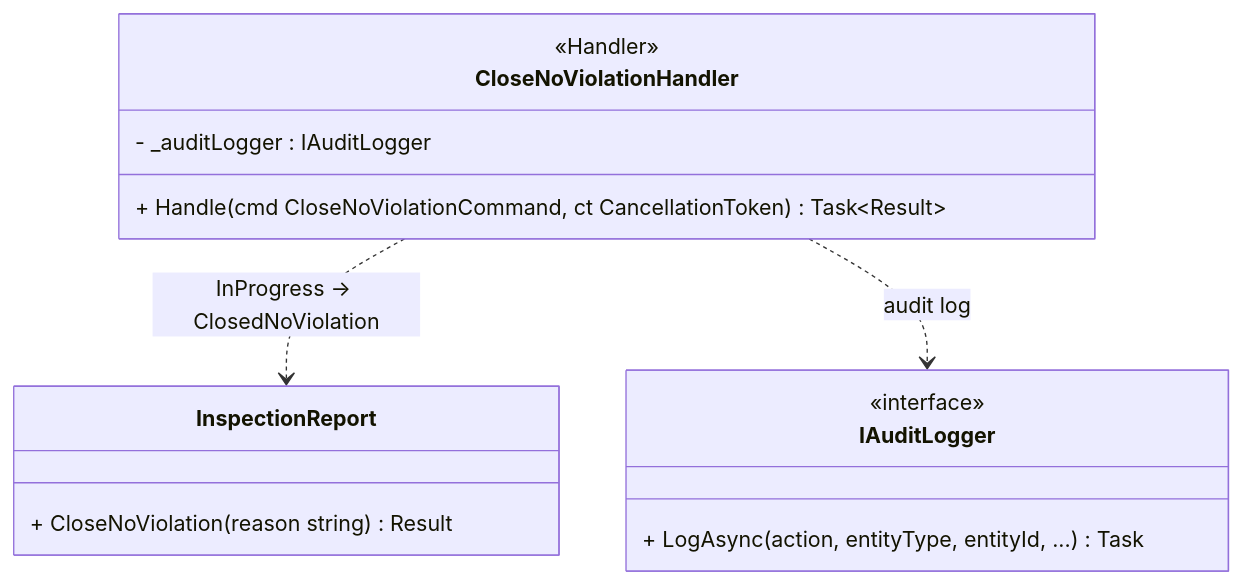
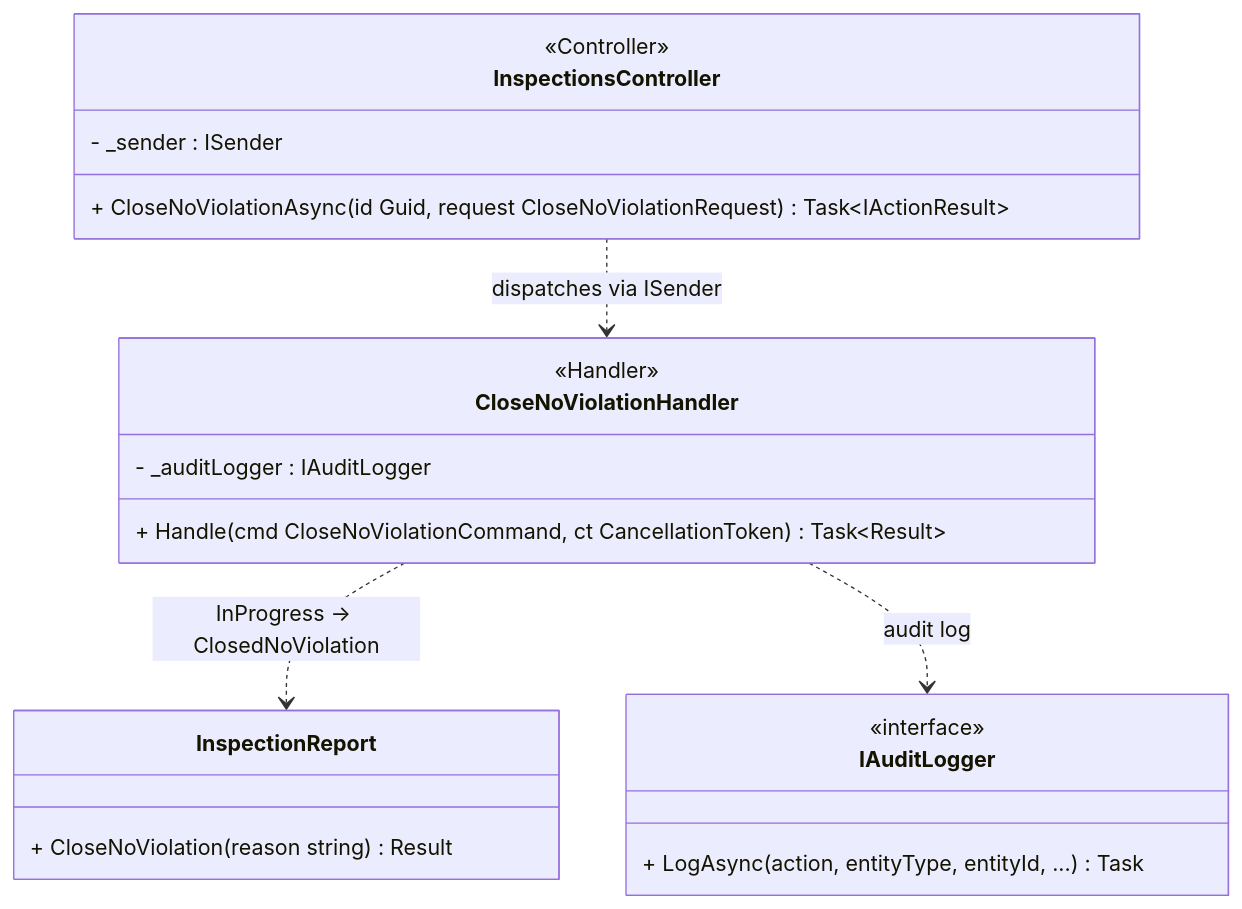
One commit to Capstonne-Project/greenlens-service changed diagram 25 of 43 in docs/BusinessRule/CLASS_DIAGRAMS.md. Above: the diagram before and after it, drawn with Mermaid. The commit also changed other lines of this file, not shown here.

Commit message:
chore(docs): class diagram relation

````diff
--- a/docs/BusinessRule/CLASS_DIAGRAMS.md
+++ b/docs/BusinessRule/CLASS_DIAGRAMS.md
@@ -2678,20 +2701,27 @@
 ```mermaid
 classDiagram
     class InspectionReport {
         + CloseNoViolation(reason string) Result
     }
 
     class IAuditLogger {
         <<interface>>
         + LogAsync(action, entityType, entityId, ...) Task
     }
 
     class CloseNoViolationHandler {
         <<Handler>>
         - _auditLogger : IAuditLogger
         + Handle(cmd CloseNoViolationCommand, ct CancellationToken) Task~Result~
     }
 
+    class InspectionsController {
+        <<Controller>>
+        - _sender : ISender
+        + CloseNoViolationAsync(id Guid, request CloseNoViolationRequest) Task~IActionResult~
+    }
+
     CloseNoViolationHandler ..> InspectionReport : InProgress → ClosedNoViolation
     CloseNoViolationHandler ..> IAuditLogger : audit log
+    InspectionsController ..> CloseNoViolationHandler : dispatches via ISender
 ```
````
